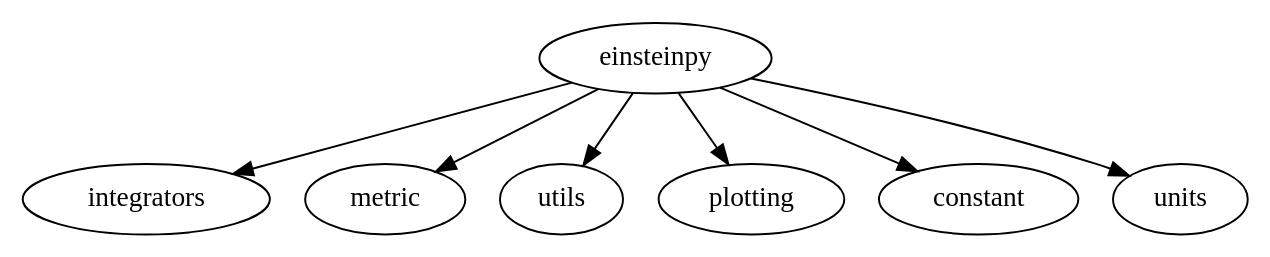
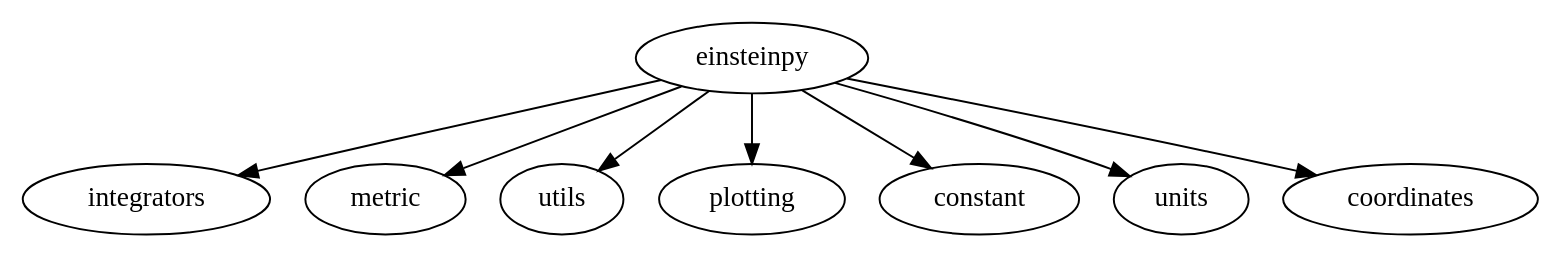
One commit to einsteinpy/einsteinpy changed the diagram in docs/source/api/index.rst. Above: the diagram before and after it, drawn with Graphviz. The commit also changed other lines of this file and 7 other files, not shown here.

```diff
--- a/docs/source/api/index.rst
+++ b/docs/source/api/index.rst
@@ -4,6 +4,6 @@
 .. graphviz::
 
     digraph {
-        "einsteinpy" -> "integrators", "metric", "utils", "plotting", "constant", "units"
+        "einsteinpy" -> "integrators", "metric", "utils", "plotting", "constant", "units", "coordinates"
 
     }
```
